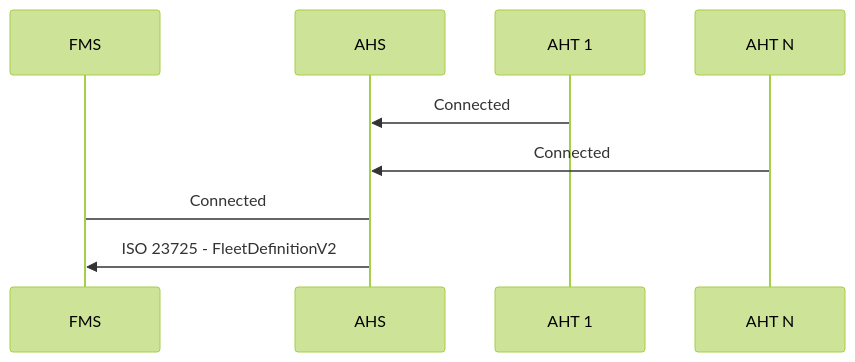
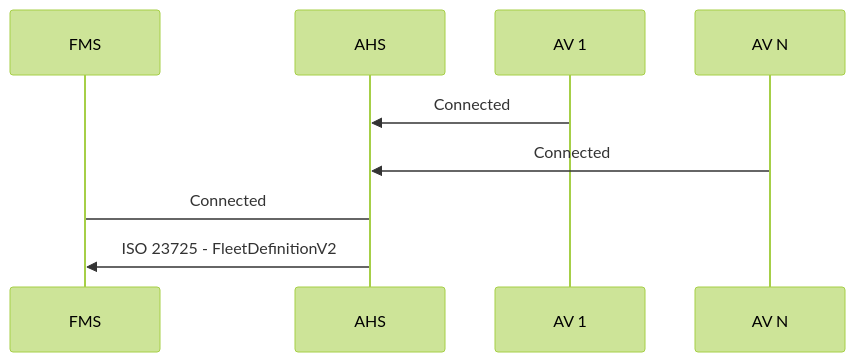
One commit to open-autonomy/zone changed the diagram in diagram/PolicyZoneOnConnect.md. Above: the diagram before and after it, drawn with Mermaid (forest theme). The commit also changed other lines of this file and 15 other files, not shown here.

````diff
--- a/diagram/PolicyZoneOnConnect.md
+++ b/diagram/PolicyZoneOnConnect.md
@@ -4,16 +4,16 @@
 ```mermaid
 
 sequenceDiagram
     participant FMS
     participant AHS
-    participant AHT 1
-    participant AHT N
+    participant AV 1
+    participant AV N
 
-    AHT 1->>AHS: Connected
-    AHT N->>AHS: Connected
+    AV 1->>AHS: Connected
+    AV N->>AHS: Connected
 
     FMS->AHS: Connected
 
     AHS->>FMS: ISO 23725 - FleetDefinitionV2
 
 ```
````
